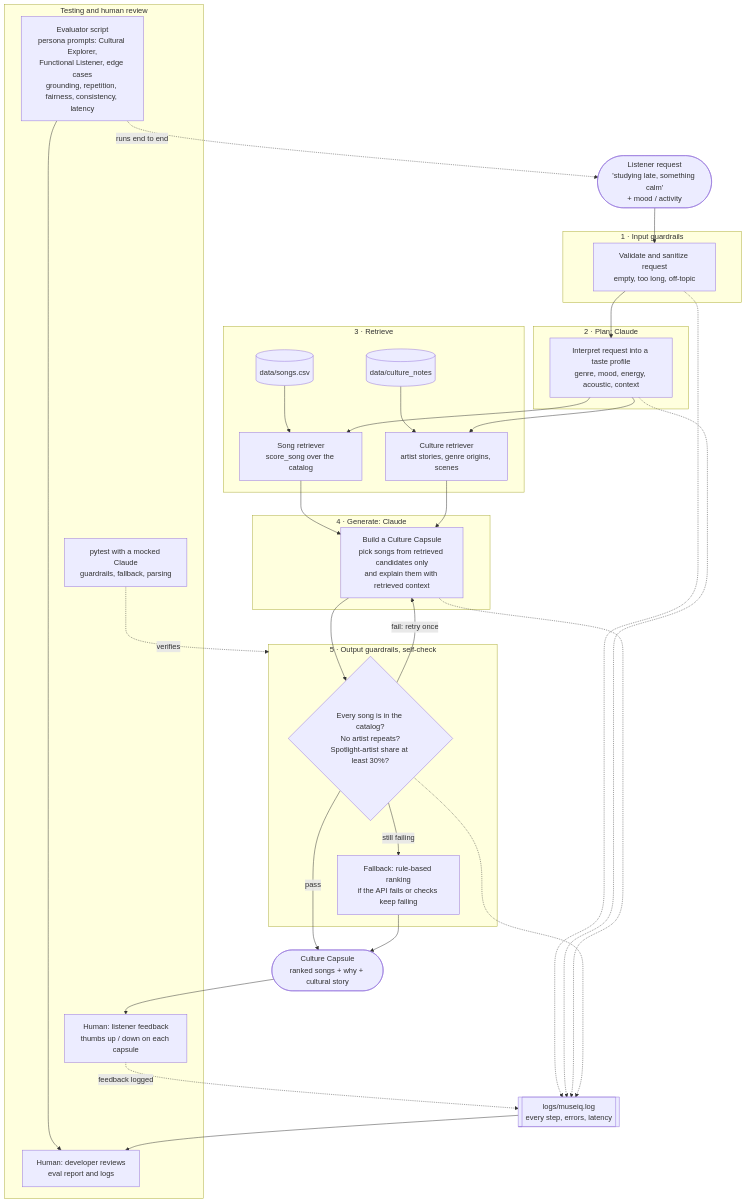
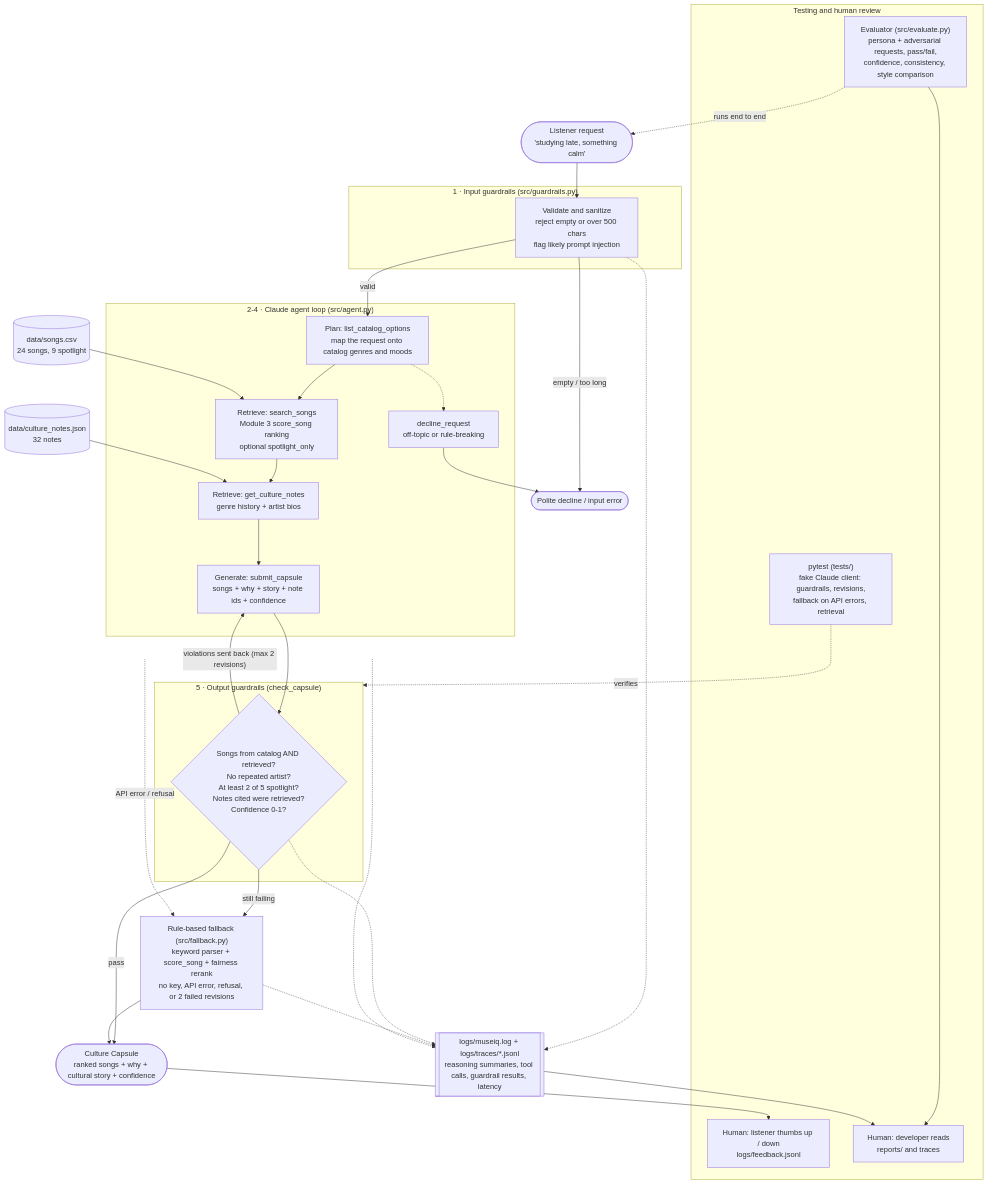
The diagram in diagrams/architecture.mmd (michaelamoarthur29/applied-ai-system-project), drawn with Mermaid before and after one commit. The commit also changed 19 other files, not shown here.

Commit message:
Add demo script, evaluation reports, run evidence, and as-built diagram

```diff
--- a/diagrams/architecture.mmd
+++ b/diagrams/architecture.mmd
@@ -1,61 +1,61 @@
-%% MuseIQ Lite — culture-aware music recommender (planned architecture)
-%% Built on the Module 3 rule-based recommender, extended with RAG + guardrails + evaluation.
+%% MuseIQ Lite: culture-aware music recommender (as built)
+%% Module 3 rule-based recommender, extended with an agentic RAG loop, guardrails, and evaluation.
 flowchart TD
-    U(["Listener request<br/>'studying late, something calm'<br/>+ mood / activity"])
+    U(["Listener request<br/>'studying late, something calm'"])
 
-    subgraph INPUT["1 · Input guardrails"]
-        V["Validate and sanitize request<br/>empty, too long, off-topic"]
+    subgraph INPUT["1 · Input guardrails (src/guardrails.py)"]
+        V["Validate and sanitize<br/>reject empty or over 500 chars<br/>flag likely prompt injection"]
     end
 
-    subgraph AGENT["2 · Plan: Claude"]
-        P["Interpret request into a taste profile<br/>genre, mood, energy, acoustic, context"]
+    subgraph AGENT["2-4 · Claude agent loop (src/agent.py)"]
+        P["Plan: list_catalog_options<br/>map the request onto catalog genres and moods"]
+        R1["Retrieve: search_songs<br/>Module 3 score_song ranking<br/>optional spotlight_only"]
+        R2["Retrieve: get_culture_notes<br/>genre history + artist bios"]
+        G["Generate: submit_capsule<br/>songs + why + story + note ids + confidence"]
+        D["decline_request<br/>off-topic or rule-breaking"]
+        P --> R1 --> R2 --> G
+        P -.-> D
     end
 
-    subgraph RAG["3 · Retrieve"]
-        R1["Song retriever<br/>score_song over the catalog"]
-        R2["Culture retriever<br/>artist stories, genre origins, scenes"]
-        D1[("data/songs.csv")]
-        D2[("data/culture_notes")]
-        D1 --> R1
-        D2 --> R2
+    D1[("data/songs.csv<br/>24 songs, 9 spotlight")]
+    D2[("data/culture_notes.json<br/>32 notes")]
+    D1 --> R1
+    D2 --> R2
+
+    subgraph CHECK["5 · Output guardrails (check_capsule)"]
+        C1{"Songs from catalog AND retrieved?<br/>No repeated artist?<br/>At least 2 of 5 spotlight?<br/>Notes cited were retrieved?<br/>Confidence 0-1?"}
     end
 
-    subgraph GEN["4 · Generate: Claude"]
-        G["Build a Culture Capsule<br/>pick songs from retrieved candidates only<br/>and explain them with retrieved context"]
-    end
+    F["Rule-based fallback (src/fallback.py)<br/>keyword parser + score_song + fairness rerank<br/>no key, API error, refusal, or 2 failed revisions"]
+    O(["Culture Capsule<br/>ranked songs + why + cultural story + confidence"])
+    X(["Polite decline / input error"])
 
-    subgraph CHECK["5 · Output guardrails, self-check"]
-        C1{"Every song is in the catalog?<br/>No artist repeats?<br/>Spotlight-artist share at least 30%?"}
-        F["Fallback: rule-based ranking<br/>if the API fails or checks keep failing"]
-    end
-
-    O(["Culture Capsule<br/>ranked songs + why + cultural story"])
-
-    U --> V --> P
-    P --> R1 & R2
-    R1 --> G
-    R2 --> G
+    U --> V
+    V -- "valid" --> P
+    V -- "empty / too long" --> X
+    D --> X
     G --> C1
     C1 -- "pass" --> O
-    C1 -- "fail: retry once" --> G
-    C1 -- "still failing" --> F --> O
+    C1 -- "violations sent back (max 2 revisions)" --> G
+    C1 -- "still failing" --> F
+    AGENT -. "API error / refusal" .-> F
+    F --> O
 
-    LOG[["logs/museiq.log<br/>every step, errors, latency"]]
+    LOG[["logs/museiq.log + logs/traces/*.jsonl<br/>reasoning summaries, tool calls, guardrail results, latency"]]
     V -.-> LOG
-    P -.-> LOG
-    G -.-> LOG
+    AGENT -.-> LOG
     C1 -.-> LOG
+    F -.-> LOG
 
     subgraph TEST["Testing and human review"]
-        T1["pytest with a mocked Claude<br/>guardrails, fallback, parsing"]
-        T2["Evaluator script<br/>persona prompts: Cultural Explorer,<br/>Functional Listener, edge cases<br/>grounding, repetition, fairness, consistency, latency"]
-        H1["Human: listener feedback<br/>thumbs up / down on each capsule"]
-        H2["Human: developer reviews<br/>eval report and logs"]
+        T1["pytest (tests/)<br/>fake Claude client: guardrails, revisions,<br/>fallback on API errors, retrieval"]
+        T2["Evaluator (src/evaluate.py)<br/>persona + adversarial requests, pass/fail,<br/>confidence, consistency, style comparison"]
+        H1["Human: listener thumbs up / down<br/>logs/feedback.jsonl"]
+        H2["Human: developer reads<br/>reports/ and traces"]
     end
 
     T1 -. "verifies" .-> CHECK
     T2 -. "runs end to end" .-> U
     O --> H1
-    H1 -. "feedback logged" .-> LOG
     T2 --> H2
     LOG --> H2
```
